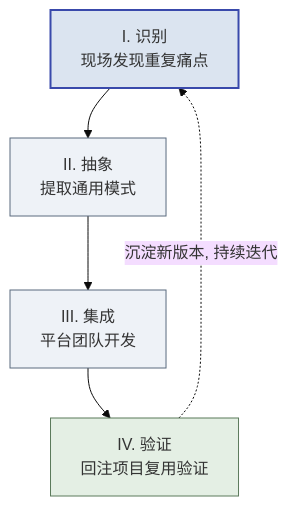
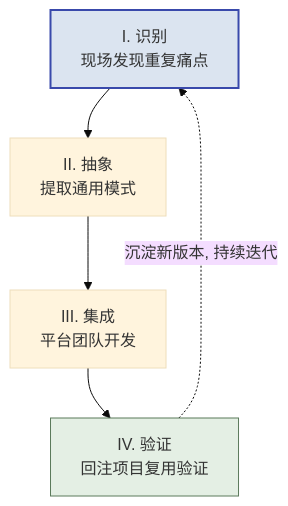
One commit to cloudzun/fde-course changed the first of 4 diagrams in textbook/第09章_能力回注方法论.md. Above: the diagram before and after it, drawn with Mermaid (base theme). The commit also changed other lines of this file and 10 other files, not shown here.

Commit message:
style: 全库mermaid配色统一以第11章为标准——删主色灰底style，仅保留强调蓝/琥珀金/绿/红四色点缀（40行，方向与第11章图不动）

````diff
--- a/textbook/第09章_能力回注方法论.md
+++ b/textbook/第09章_能力回注方法论.md
@@ -12,12 +12,10 @@
 ```mermaid
 graph TD
     recog["I. 识别<br/>现场发现重复痛点"] --> abstr["II. 抽象<br/>提取通用模式"]
     abstr --> integ["III. 集成<br/>平台团队开发"]
     integ --> verif["IV. 验证<br/>回注项目复用验证"]
     verif -.->|沉淀新版本, 持续迭代| recog
 
     style recog fill:#dbe4f0,stroke:#3949ab,stroke-width:2px
-    style abstr fill:#eef2f7,stroke:#5a6b7f
-    style integ fill:#eef2f7,stroke:#5a6b7f
     style verif fill:#e4efe4,stroke:#5b7a5b
 ```
````
